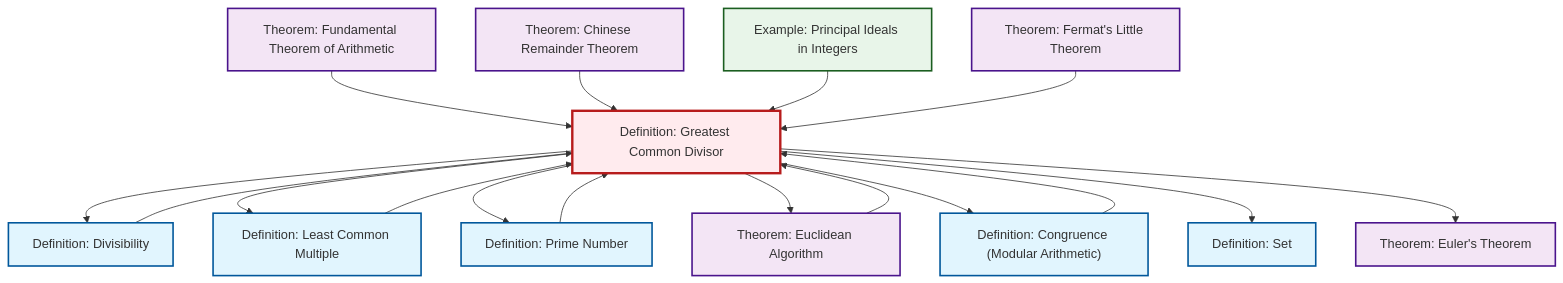
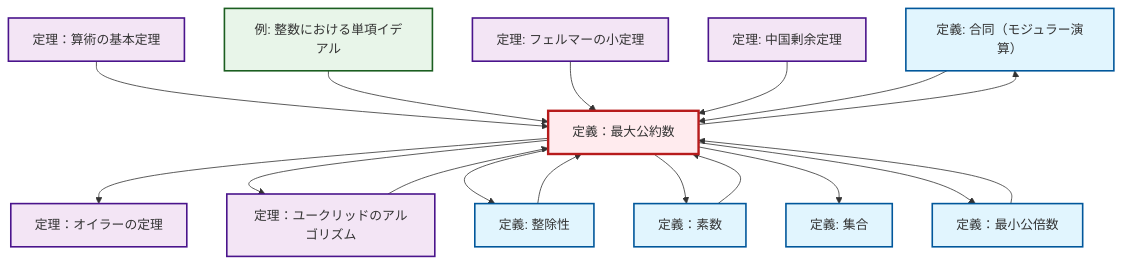
One commit to RK0429/ModernMath changed the second of 2 diagrams in content/ja/number-theory/def-gcd.qmd. Above: the diagram before and after it, drawn with Mermaid. The commit also changed 1069 other files, not shown here.

````diff
--- a/content/ja/number-theory/def-gcd.qmd
+++ b/content/ja/number-theory/def-gcd.qmd
@@ -94,49 +94,49 @@
 ```{mermaid}
 %%| fig-cap: "Local dependency graph"
 graph TD
     classDef definition fill:#e1f5fe,stroke:#01579b,stroke-width:2px
     classDef theorem fill:#f3e5f5,stroke:#4a148c,stroke-width:2px
     classDef axiom fill:#fff3e0,stroke:#e65100,stroke-width:2px
     classDef example fill:#e8f5e9,stroke:#1b5e20,stroke-width:2px
     classDef current fill:#ffebee,stroke:#b71c1c,stroke-width:3px
-    thm-chinese-remainder["Theorem: Chinese Remainder Theorem"]:::theorem
-    def-set["Definition: Set"]:::definition
-    thm-fermat-little["Theorem: Fermat's Little Theorem"]:::theorem
-    thm-euclidean-algorithm["Theorem: Euclidean Algorithm"]:::theorem
-    def-gcd["Definition: Greatest Common Divisor"]:::definition
-    def-divisibility["Definition: Divisibility"]:::definition
-    thm-fundamental-arithmetic["Theorem: Fundamental Theorem of Arithmetic"]:::theorem
-    def-lcm["Definition: Least Common Multiple"]:::definition
-    thm-euler["Theorem: Euler's Theorem"]:::theorem
-    ex-principal-ideal["Example: Principal Ideals in Integers"]:::example
-    def-prime["Definition: Prime Number"]:::definition
-    def-congruence["Definition: Congruence (Modular Arithmetic)"]:::definition
+    def-congruence["定義: 合同（モジュラー演算）"]:::definition
+    def-divisibility["定義: 整除性"]:::definition
+    def-set["定義: 集合"]:::definition
+    thm-fundamental-arithmetic["定理：算術の基本定理"]:::theorem
+    thm-euclidean-algorithm["定理：ユークリッドのアルゴリズム"]:::theorem
+    thm-euler["定理：オイラーの定理"]:::theorem
+    thm-chinese-remainder["定理: 中国剰余定理"]:::theorem
+    thm-fermat-little["定理: フェルマーの小定理"]:::theorem
+    ex-principal-ideal["例: 整数における単項イデアル"]:::example
+    def-gcd["定義：最大公約数"]:::definition
+    def-lcm["定義：最小公倍数"]:::definition
+    def-prime["定義：素数"]:::definition
+    def-gcd --> thm-euler
+    thm-fundamental-arithmetic --> def-gcd
+    ex-principal-ideal --> def-gcd
+    thm-fermat-little --> def-gcd
+    def-gcd --> thm-euclidean-algorithm
     def-gcd --> def-divisibility
+    def-lcm --> def-gcd
+    def-gcd --> def-prime
+    thm-chinese-remainder --> def-gcd
+    def-gcd --> def-set
+    thm-euclidean-algorithm --> def-gcd
+    def-gcd --> def-congruence
+    def-prime --> def-gcd
+    def-congruence --> def-gcd
     def-gcd --> def-lcm
-    def-gcd --> def-prime
-    def-gcd --> thm-euclidean-algorithm
-    thm-euclidean-algorithm --> def-gcd
-    def-congruence --> def-gcd
-    def-gcd --> def-congruence
-    def-lcm --> def-gcd
-    def-prime --> def-gcd
-    def-gcd --> def-set
-    thm-fundamental-arithmetic --> def-gcd
-    thm-chinese-remainder --> def-gcd
-    ex-principal-ideal --> def-gcd
-    def-gcd --> thm-euler
     def-divisibility --> def-gcd
-    thm-fermat-little --> def-gcd
     class def-gcd current
-    click thm-chinese-remainder "thm-chinese-remainder.html" "Theorem: Chinese Remainder Theoremへ"
-    click def-set "def-set.html" "Definition: Setへ"
-    click thm-fermat-little "thm-fermat-little.html" "Theorem: Fermat's Little Theoremへ"
-    click thm-euclidean-algorithm "thm-euclidean-algorithm.html" "Theorem: Euclidean Algorithmへ"
-    click def-divisibility "def-divisibility.html" "Definition: Divisibilityへ"
-    click thm-fundamental-arithmetic "thm-fundamental-arithmetic.html" "Theorem: Fundamental Theorem of Arithmeticへ"
-    click def-lcm "def-lcm.html" "Definition: Least Common Multipleへ"
-    click thm-euler "thm-euler.html" "Theorem: Euler's Theoremへ"
-    click ex-principal-ideal "ex-principal-ideal.html" "Example: Principal Ideals in Integersへ"
-    click def-prime "def-prime.html" "Definition: Prime Numberへ"
-    click def-congruence "def-congruence.html" "Definition: Congruence (Modular Arithmetic)へ"
+    click def-congruence "def-congruence.html" "合同（モジュラー演算）の定義へ"
+    click def-divisibility "def-divisibility.html" "整除性の定義へ"
+    click def-set "def-set.html" "集合の定義へ"
+    click thm-fundamental-arithmetic "thm-fundamental-arithmetic.html" "定理：算術の基本定理へ"
+    click thm-euclidean-algorithm "thm-euclidean-algorithm.html" "定理：ユークリッドのアルゴリズムへ"
+    click thm-euler "thm-euler.html" "定理：オイラーの定理へ"
+    click thm-chinese-remainder "thm-chinese-remainder.html" "中国剰余定理の定理へ"
+    click thm-fermat-little "thm-fermat-little.html" "フェルマーの小定理の定理へ"
+    click ex-principal-ideal "ex-principal-ideal.html" "整数における単項イデアルの例へ"
+    click def-lcm "def-lcm.html" "定義：最小公倍数へ"
+    click def-prime "def-prime.html" "定義：素数へ"
 ```
````
